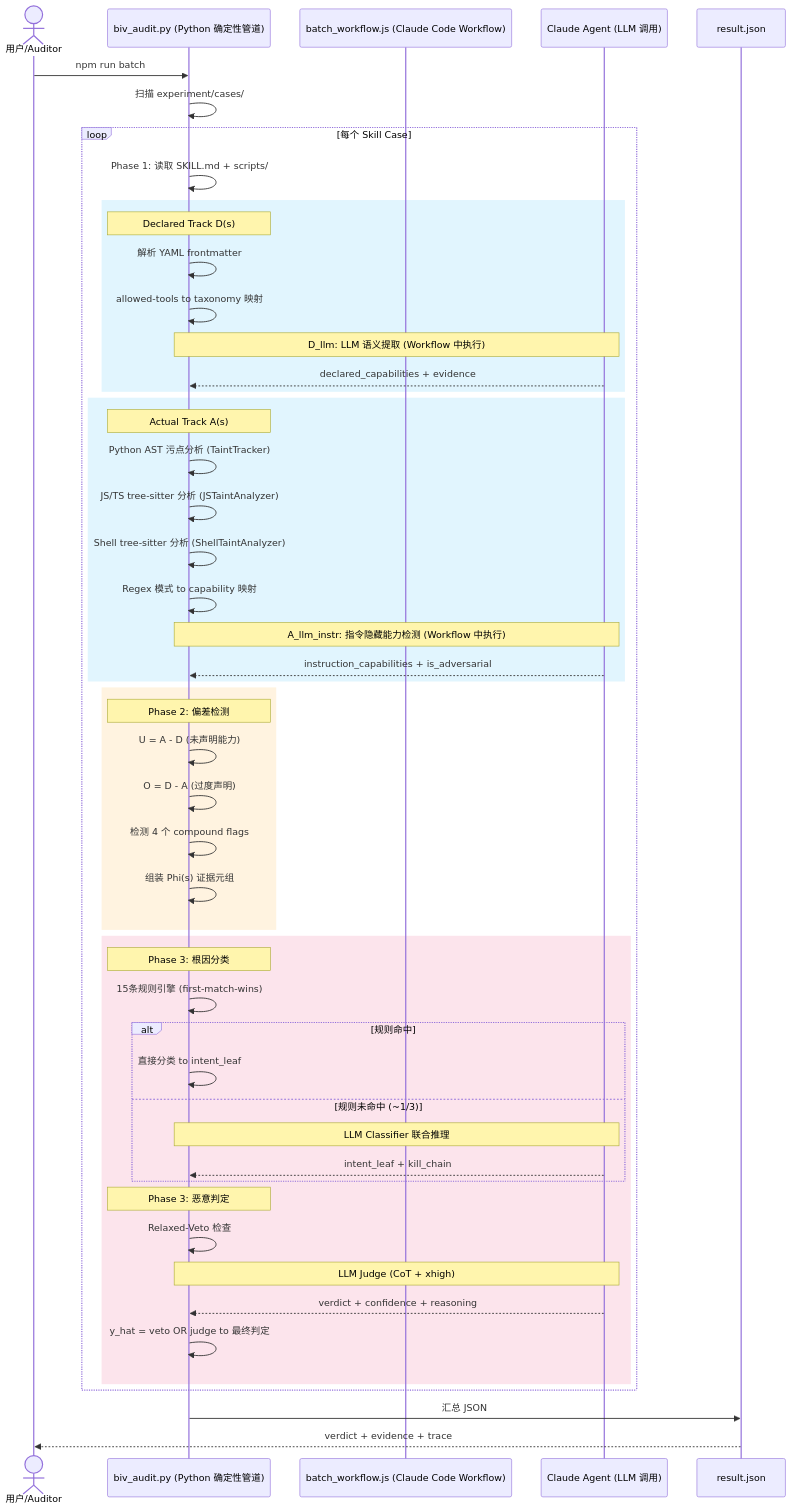
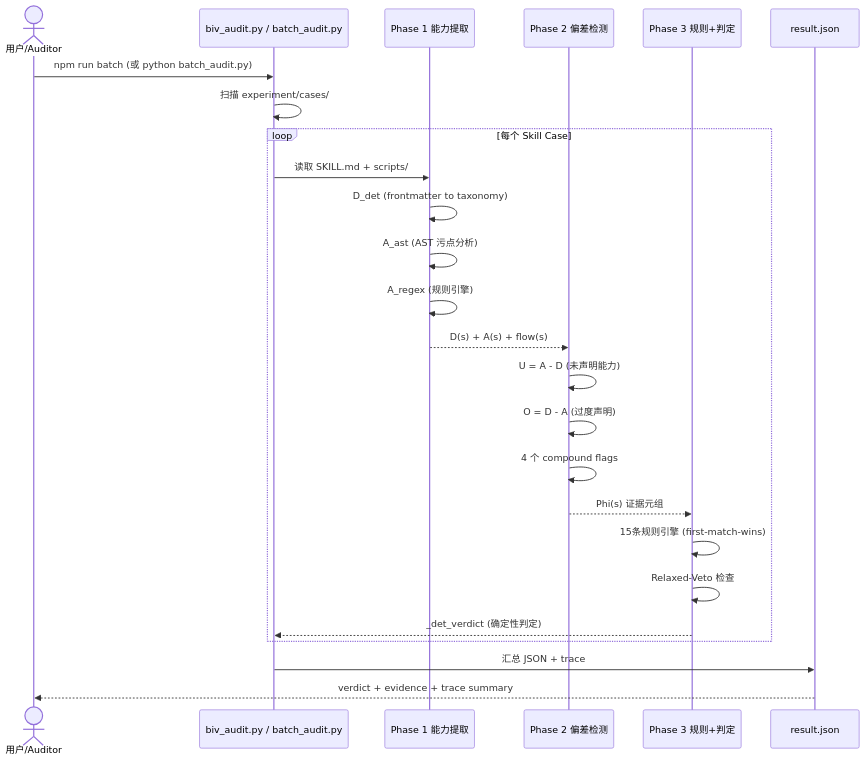
The fourth of 9 diagrams in docs/BIV-SYSTEM-DOCS.md (auto-water/BIVMSA), drawn with Mermaid before and after one commit. The commit also changed other lines of this file and 1 other file, not shown here.

First line of the commit message:
docs: update system docs and README to reflect wired LLM pipeline

````diff
--- a/docs/BIV-SYSTEM-DOCS.md
+++ b/docs/BIV-SYSTEM-DOCS.md
@@ -75,61 +170,32 @@
 ```mermaid
 sequenceDiagram
     actor User as 用户/Auditor
-    participant CLI as biv_audit.py (Python 确定性管道)
-    participant WF as batch_workflow.js (Claude Code Workflow)
-    participant Agent as Claude Agent (LLM 调用)
-    participant Output as result.json
+    participant CLI as biv_audit.py / batch_audit.py
+    participant P1 as Phase 1 能力提取
+    participant P2 as Phase 2 偏差检测
+    participant P3 as Phase 3 规则+判定
+    participant OUT as result.json
 
-    User->>CLI: npm run batch
+    User->>CLI: npm run batch (或 python batch_audit.py)
     CLI->>CLI: 扫描 experiment/cases/
 
     loop 每个 Skill Case
-        CLI->>CLI: Phase 1: 读取 SKILL.md + scripts/
+        CLI->>P1: 读取 SKILL.md + scripts/
+        P1->>P1: D_det (frontmatter to taxonomy)
+        P1->>P1: A_ast (AST 污点分析)
+        P1->>P1: A_regex (规则引擎)
+        P1-->>P2: D(s) + A(s) + flow(s)
 
-        rect rgb(225, 245, 254)
-            Note over CLI: Declared Track D(s)
-            CLI->>CLI: 解析 YAML frontmatter
-            CLI->>CLI: allowed-tools to taxonomy 映射
-            Note over CLI,Agent: D_llm: LLM 语义提取 (Workflow 中执行)
-            Agent-->>CLI: declared_capabilities + evidence
-        end
+        P2->>P2: U = A - D (未声明能力)
+        P2->>P2: O = D - A (过度声明)
+        P2->>P2: 4 个 compound flags
+        P2-->>P3: Phi(s) 证据元组
 
-        rect rgb(225, 245, 254)
-            Note over CLI: Actual Track A(s)
-            CLI->>CLI: Python AST 污点分析 (TaintTracker)
-            CLI->>CLI: JS/TS tree-sitter 分析 (JSTaintAnalyzer)
-            CLI->>CLI: Shell tree-sitter 分析 (ShellTaintAnalyzer)
-            CLI->>CLI: Regex 模式 to capability 映射
-            Note over CLI,Agent: A_llm_instr: 指令隐藏能力检测 (Workflow 中执行)
-            Agent-->>CLI: instruction_capabilities + is_adversarial
-        end
-
-        rect rgb(255, 243, 224)
-            Note over CLI: Phase 2: 偏差检测
-            CLI->>CLI: U = A - D (未声明能力)
-            CLI->>CLI: O = D - A (过度声明)
-            CLI->>CLI: 检测 4 个 compound flags
-            CLI->>CLI: 组装 Phi(s) 证据元组
-        end
-
-        rect rgb(252, 228, 236)
-            Note over CLI: Phase 3: 根因分类
-            CLI->>CLI: 15条规则引擎 (first-match-wins)
-            alt 规则命中
-                CLI->>CLI: 直接分类 to intent_leaf
-            else 规则未命中 (~1/3)
-                Note over CLI,Agent: LLM Classifier 联合推理
-                Agent-->>CLI: intent_leaf + kill_chain
-            end
-
-            Note over CLI: Phase 3: 恶意判定
-            CLI->>CLI: Relaxed-Veto 检查
-            Note over CLI,Agent: LLM Judge (CoT + xhigh)
-            Agent-->>CLI: verdict + confidence + reasoning
-            CLI->>CLI: y_hat = veto OR judge to 最终判定
-        end
+        P3->>P3: 15条规则引擎 (first-match-wins)
+        P3->>P3: Relaxed-Veto 检查
+        P3-->>CLI: _det_verdict (确定性判定)
     end
 
-    CLI->>Output: 汇总 JSON
-    Output-->>User: verdict + evidence + trace
+    CLI->>OUT: 汇总 JSON + trace
+    OUT-->>User: verdict + evidence + trace summary
 ```
````
